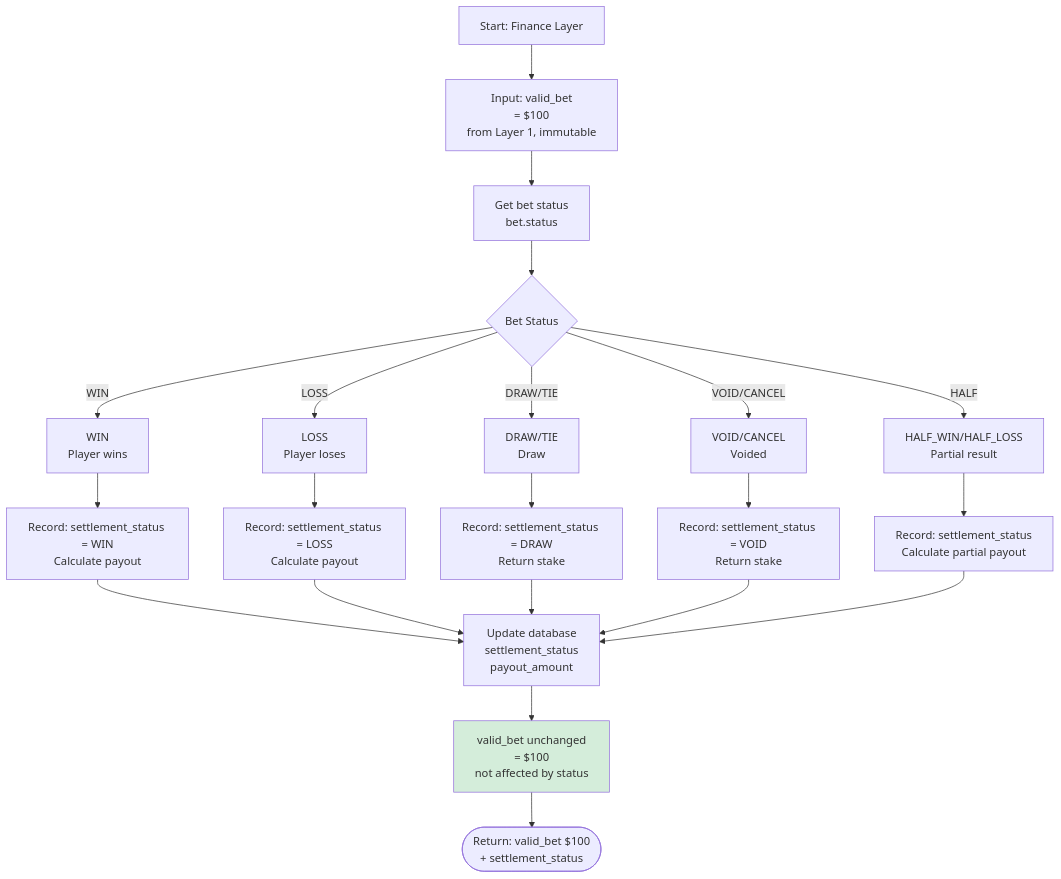
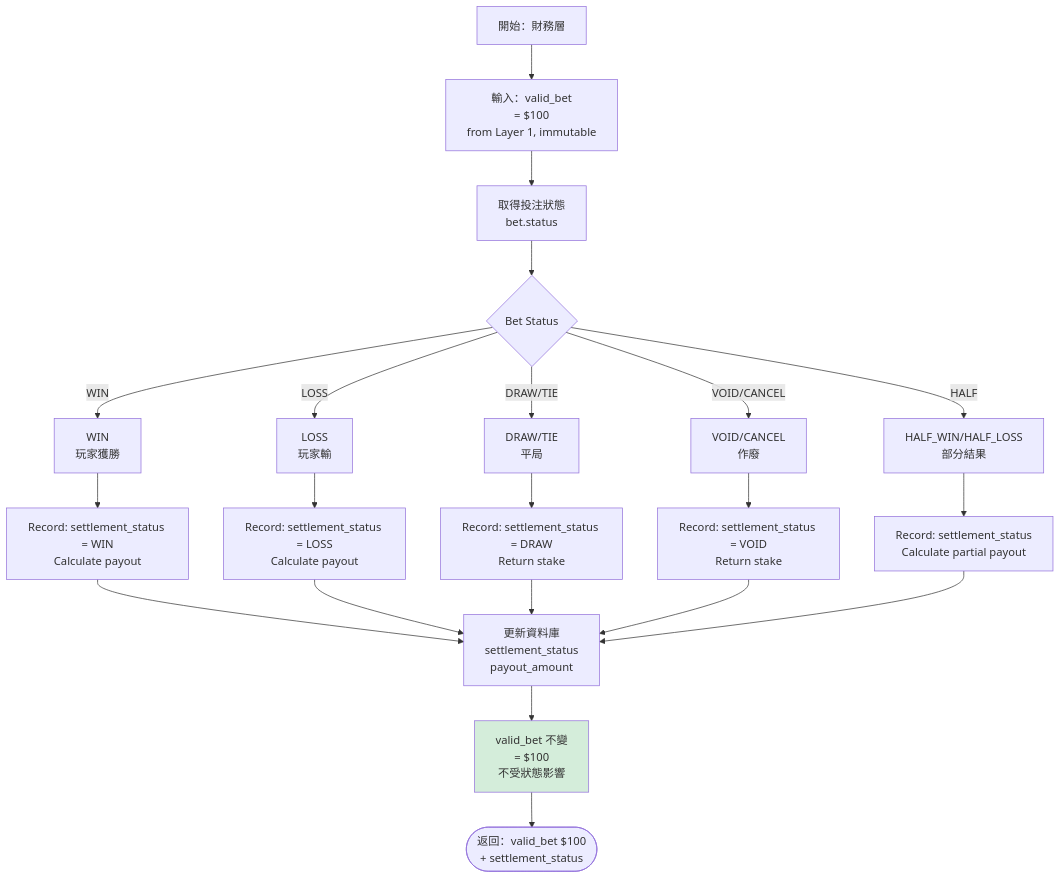
One commit to ron03wlb/smart-admin changed the fourth of 7 diagrams in docs/iGaming/architecture/03_Game_Integration/Turnover_Calculation_Logic.md. Above: the diagram before and after it, drawn with Mermaid. The commit also changed other lines of this file and 4 other files, not shown here.

````diff
--- a/docs/iGaming/architecture/03_Game_Integration/Turnover_Calculation_Logic.md
+++ b/docs/iGaming/architecture/03_Game_Integration/Turnover_Calculation_Logic.md
@@ -258,55 +258,55 @@
 ```mermaid
 flowchart TD
-    A[Start: Finance Layer]
-    B["Input: valid_bet<br/>= $100<br/>from Layer 1, immutable"]
-    C["Get bet status<br/>bet.status"]
+    A[開始：財務層]
+    B["輸入：valid_bet<br/>= $100<br/>from Layer 1, immutable"]
+    C["取得投注狀態<br/>bet.status"]
     D{Bet Status}
 
-    E["WIN<br/>Player wins"]
+    E["WIN<br/>玩家獲勝"]
     F["Record: settlement_status = WIN<br/>Calculate payout"]
 
-    G["LOSS<br/>Player loses"]
+    G["LOSS<br/>玩家輸"]
     H["Record: settlement_status = LOSS<br/>Calculate payout"]
 
-    I["DRAW/TIE<br/>Draw"]
+    I["DRAW/TIE<br/>平局"]
     J["Record: settlement_status = DRAW<br/>Return stake"]
 
-    K["VOID/CANCEL<br/>Voided"]
+    K["VOID/CANCEL<br/>作廢"]
     L["Record: settlement_status = VOID<br/>Return stake"]
 
-    M["HALF_WIN/HALF_LOSS<br/>Partial result"]
+    M["HALF_WIN/HALF_LOSS<br/>部分結果"]
     N["Record: settlement_status<br/>Calculate partial payout"]
 
-    O["Update database<br/>settlement_status<br/>payout_amount"]
+    O["更新資料庫<br/>settlement_status<br/>payout_amount"]
 
-    P["valid_bet unchanged<br/>= $100<br/>not affected by status"]
+    P["valid_bet 不變<br/>= $100<br/>不受狀態影響"]
 
-    End([Return: valid_bet $100<br/>+ settlement_status])
+    End([返回：valid_bet $100<br/>+ settlement_status])
 
     A --> B
     B --> C
     C --> D
 
     D -->|WIN| E
     D -->|LOSS| G
     D -->|DRAW/TIE| I
     D -->|VOID/CANCEL| K
     D -->|HALF| M
 
     E --> F
     G --> H
     I --> J
     K --> L
     M --> N
 
     F --> O
     H --> O
     J --> O
     L --> O
     N --> O
 
     O --> P
     P --> End
 
     style P fill:#d4edda
 ```
````
